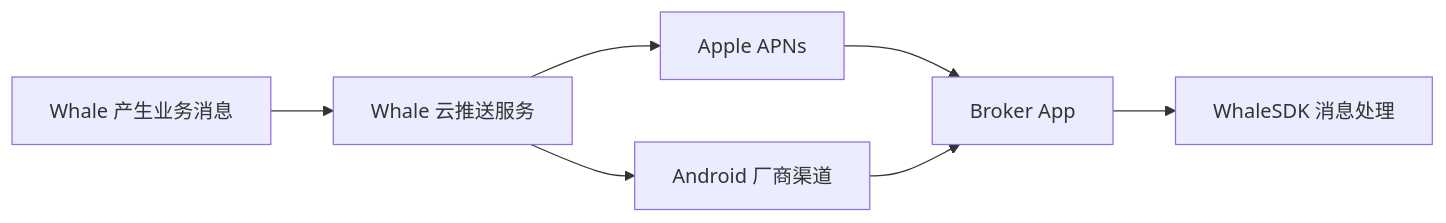
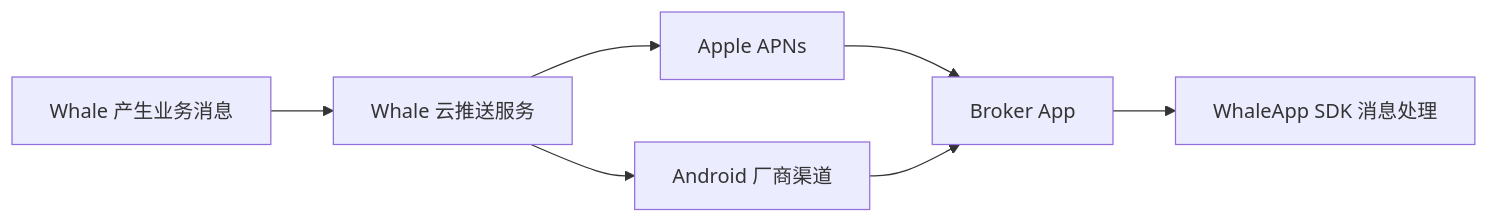
One commit to longbridge/whale-docs changed the first of 2 diagrams in cn/docs/message-push-options.mdx. Above: the diagram before and after it, drawn with Mermaid. The commit also changed other lines of this file and 50 other files, not shown here.

Commit message:
docs: define Whale SDK product hierarchy

````diff
--- a/cn/docs/message-push-options.mdx
+++ b/cn/docs/message-push-options.mdx
@@ -18,9 +18,9 @@
 ```mermaid
 flowchart LR
   A[Whale 产生业务消息] --> B[Whale 云推送服务]
   B --> C[Apple APNs]
   B --> D[Android 厂商渠道]
   C --> E[Broker App]
   D --> E
-  E --> F[WhaleSDK 消息处理]
+  E --> F[WhaleApp SDK 消息处理]
 ```
````
